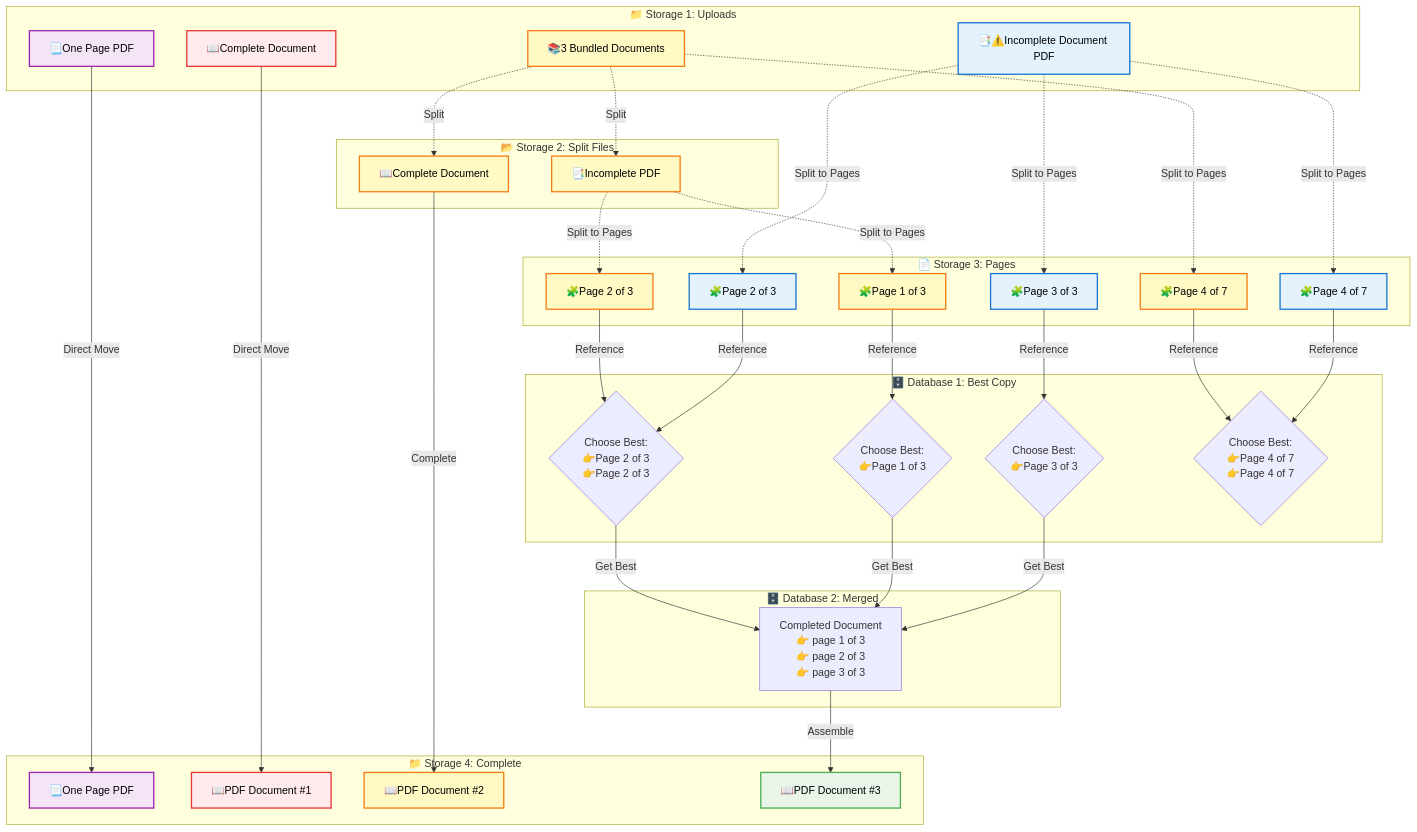
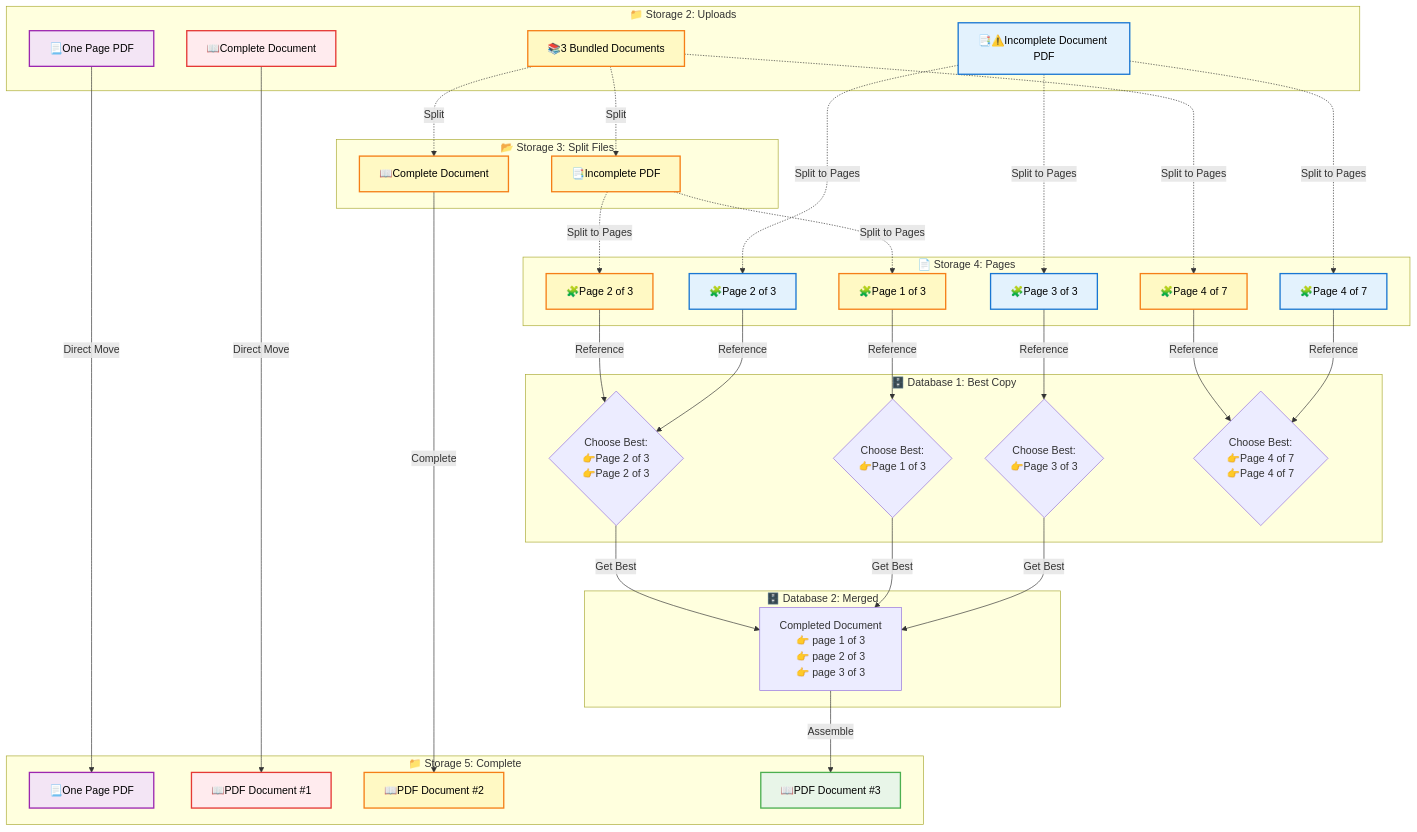
Before and after one commit to Mharbulous/Bookkeeper: the diagram in .plans/1. Ideas/Organizer.md, drawn with Mermaid.

Commit message:
Incremented storage folders

````diff
--- a/.plans/1. Ideas/Organizer.md
+++ b/.plans/1. Ideas/Organizer.md
@@ -13,6 +13,6 @@
 ```mermaid
 flowchart TB
-    subgraph Col1 ["📁 Storage 1: Uploads"]
+    subgraph Col1 ["📁 Storage 2: Uploads"]
         OnePage["📃One Page PDF"]
         Single["📖Complete Document"]
         Incomplete["📑⚠️Incomplete Document PDF"]
@@ -20,13 +20,13 @@
 
     end
 
-    subgraph Col2 ["📂 Storage 2: Split Files"]
+    subgraph Col2 ["📂 Storage 3: Split Files"]
         DocA["📖Complete Document"]
         DocC["📑Incomplete PDF"]
 
     end
 
-    subgraph Col3 ["📄 Storage 3: Pages"]
+    subgraph Col3 ["📄 Storage 4: Pages"]
         SoloPage1["🧩Page 1 of 3"]
         PageRaw2["🧩Page 2 of 3"]
         SoloPage2["🧩Page 2 of 3"]
@@ -39,7 +39,7 @@
         MergedDoc["Completed Document<br/>👉 page 1 of 3<br/>👉 page 2 of 3<br/>👉 page 3 of 3"]
     end
 
-    subgraph Col5 ["📁 Storage 4: Complete"]
+    subgraph Col5 ["📁 Storage 5: Complete"]
 
         OnePageComplete["📃One Page PDF"]
         CompleteRaw["📖PDF Document #1"]
@@ -96,7 +96,7 @@
     ChooseBestCopy3 -->|Get Best| MergedDoc
     ChooseBestCopy4 -->|Get Best| MergedDoc
 
-    %% Flow from Database 2 to Storage 4
+    %% Flow from Database 2 to Storage 5
     MergedDoc -->|Assemble| CompleteMerged
 
 
````
